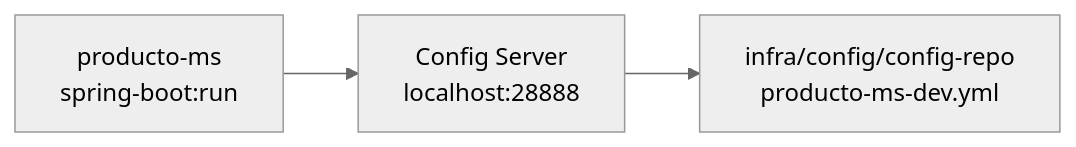
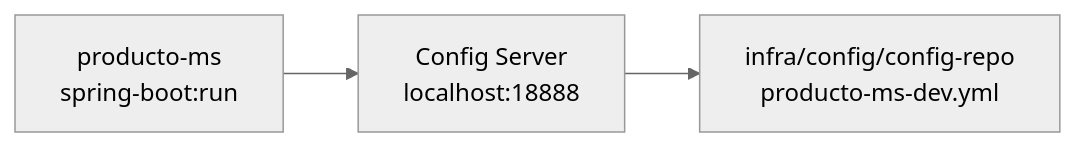
One commit to erickmijael17/SmartCampus-Marketplace changed the first of 2 diagrams in docs/sesiones/s02-configuracion-centralizada.md. Above: the diagram before and after it, drawn with Mermaid (neutral theme). The commit also changed other lines of this file and 11 other files, not shown here.

````diff
--- a/docs/sesiones/s02-configuracion-centralizada.md
+++ b/docs/sesiones/s02-configuracion-centralizada.md
@@ -46,7 +46,7 @@
 ```mermaid
 flowchart LR
     MS["producto-ms<br/>spring-boot:run"]
-    CFG["Config Server<br/>localhost:28888"]
+    CFG["Config Server<br/>localhost:18888"]
     Repo["infra/config/config-repo<br/>producto-ms-dev.yml"]
     MS --> CFG --> Repo
 ```
````
